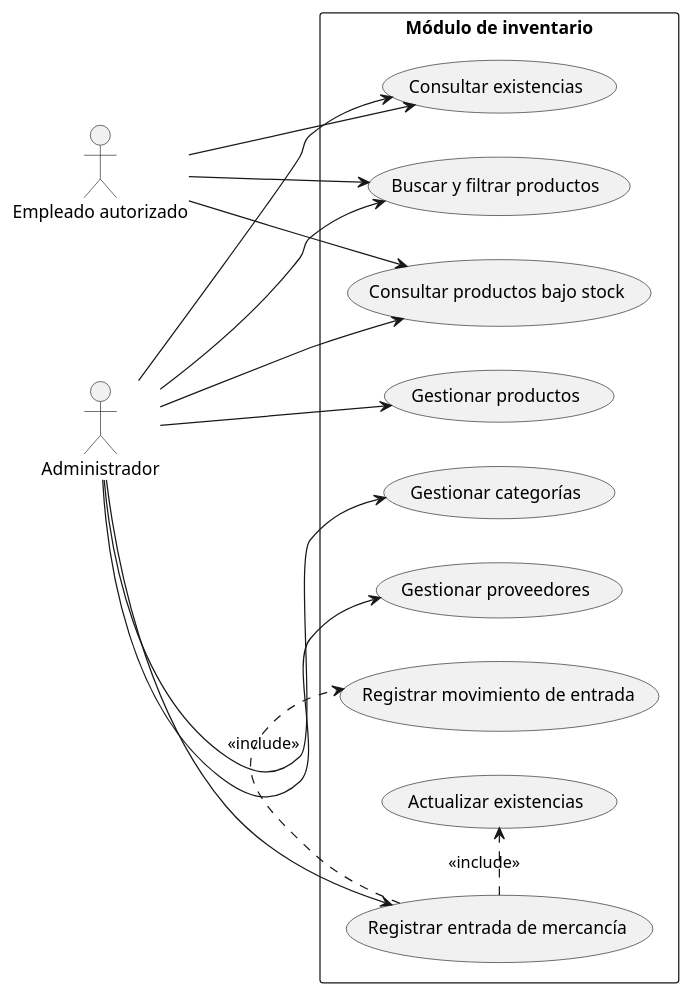
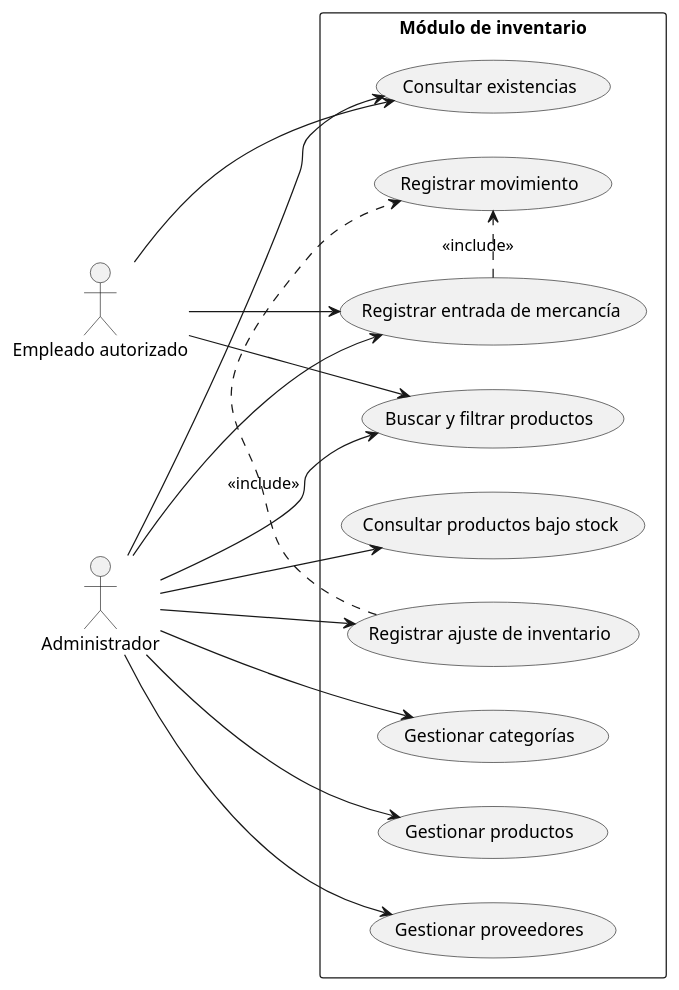
Before and after one commit to lysusco/MiniMarketElAhorro: the second of 6 diagrams in README.md, drawn with PlantUML. The commit also changed other lines of this file, not shown here.

````diff
--- a/README.md
+++ b/README.md
@@ -209,30 +217,31 @@
 ```plantuml
 @startuml
 left to right direction
 actor Administrador
 actor "Empleado autorizado" as Empleado
 rectangle "Módulo de inventario" {
   usecase "Gestionar productos" as INV1
   usecase "Gestionar categorías" as INV2
   usecase "Gestionar proveedores" as INV3
   usecase "Registrar entrada de mercancía" as INV4
-  usecase "Consultar existencias" as INV5
-  usecase "Buscar y filtrar productos" as INV6
-  usecase "Consultar productos bajo stock" as INV7
-  usecase "Actualizar existencias" as INV8
-  usecase "Registrar movimiento de entrada" as INV9
+  usecase "Registrar ajuste de inventario" as INV5
+  usecase "Consultar existencias" as INV6
+  usecase "Buscar y filtrar productos" as INV7
+  usecase "Consultar productos bajo stock" as INV8
+  usecase "Registrar movimiento" as INV9
 }
 Administrador --> INV1
 Administrador --> INV2
 Administrador --> INV3
 Administrador --> INV4
+Empleado --> INV4
 Administrador --> INV5
-Empleado --> INV5
 Administrador --> INV6
 Empleado --> INV6
 Administrador --> INV7
 Empleado --> INV7
-INV4 .> INV8 : <<include>>
+Administrador --> INV8
 INV4 .> INV9 : <<include>>
+INV5 .> INV9 : <<include>>
 @enduml
 ```
````
